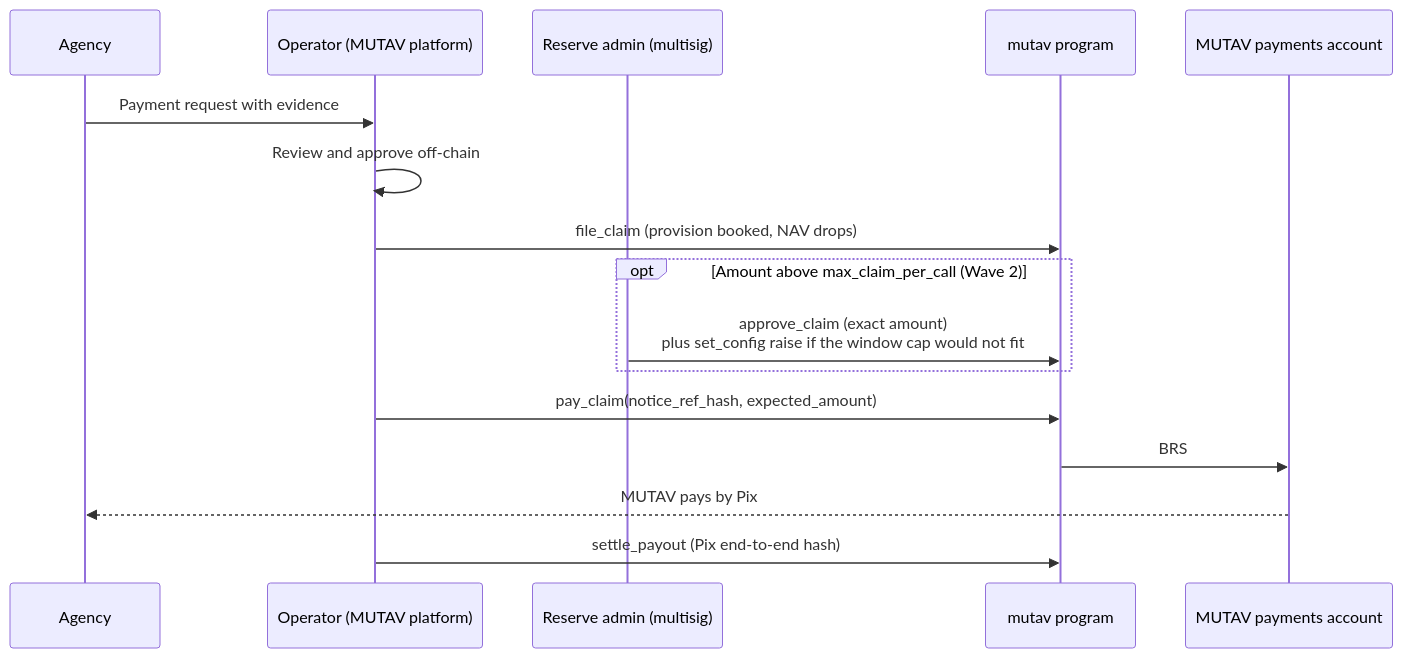
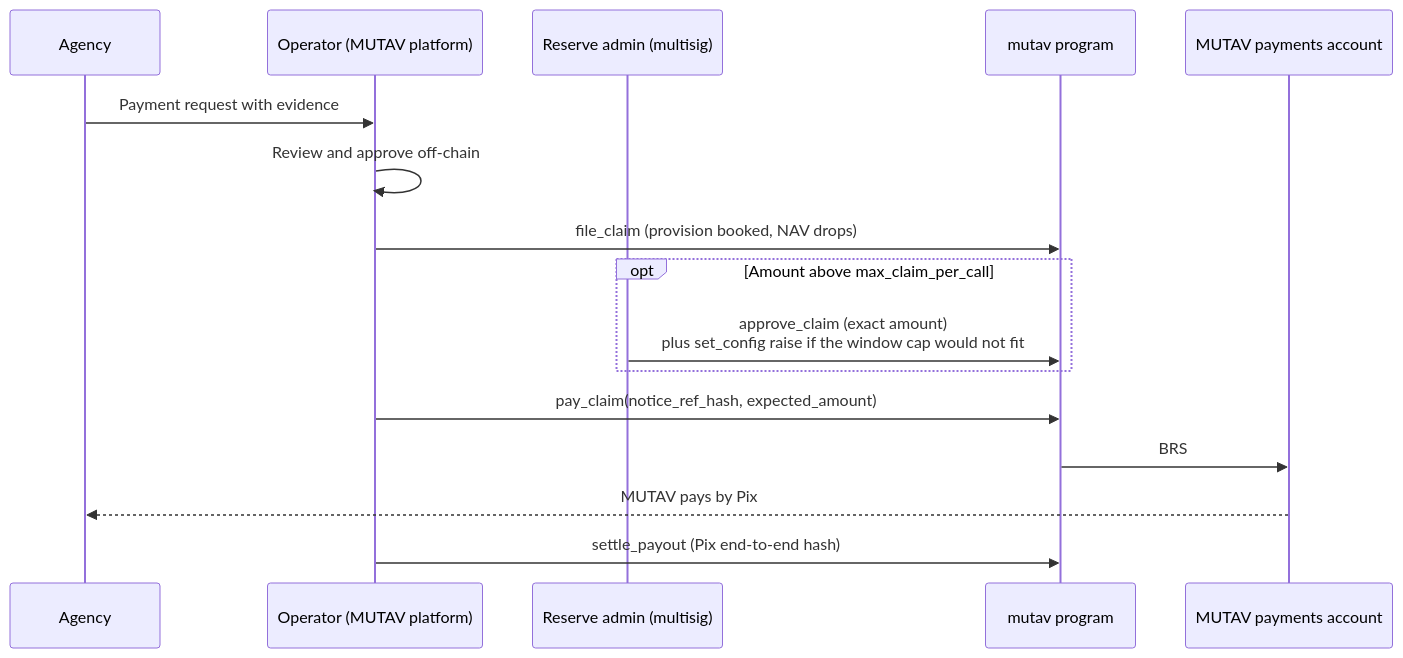
One commit to mutav-finance/mutav-protocol-solana changed the first of 2 diagrams in docs/reserve-framework/claims-and-payments.md. Above: the diagram before and after it, drawn with Mermaid. The commit also changed other lines of this file and 31 other files, not shown here.

````diff
--- a/docs/reserve-framework/claims-and-payments.md
+++ b/docs/reserve-framework/claims-and-payments.md
@@ -11,19 +11,19 @@
 ```mermaid
 sequenceDiagram
     participant Ag as Agency
     participant Op as Operator (MUTAV platform)
     participant Ad as Reserve admin (multisig)
     participant Pg as mutav program
     participant Pa as MUTAV payments account
 
     Ag->>Op: Payment request with evidence
     Op->>Op: Review and approve off-chain
     Op->>Pg: file_claim (provision booked, NAV drops)
-    opt Amount above max_claim_per_call (Wave 2)
+    opt Amount above max_claim_per_call
         Ad->>Pg: approve_claim (exact amount)<br/>plus set_config raise if the window cap would not fit
     end
     Op->>Pg: pay_claim(notice_ref_hash, expected_amount)
     Pg->>Pa: BRS
     Pa-->>Ag: MUTAV pays by Pix
     Op->>Pg: settle_payout (Pix end-to-end hash)
 ```
````
